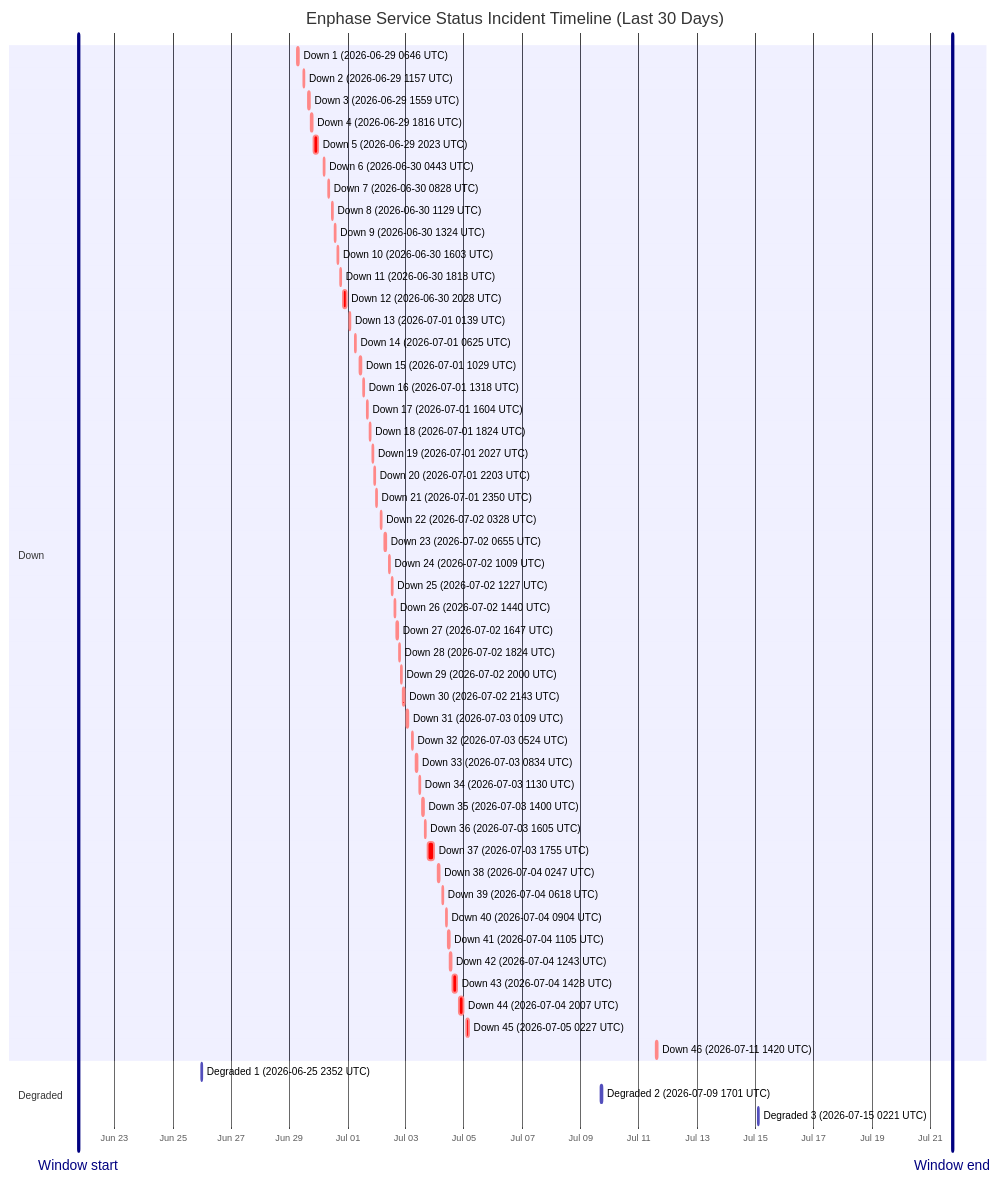
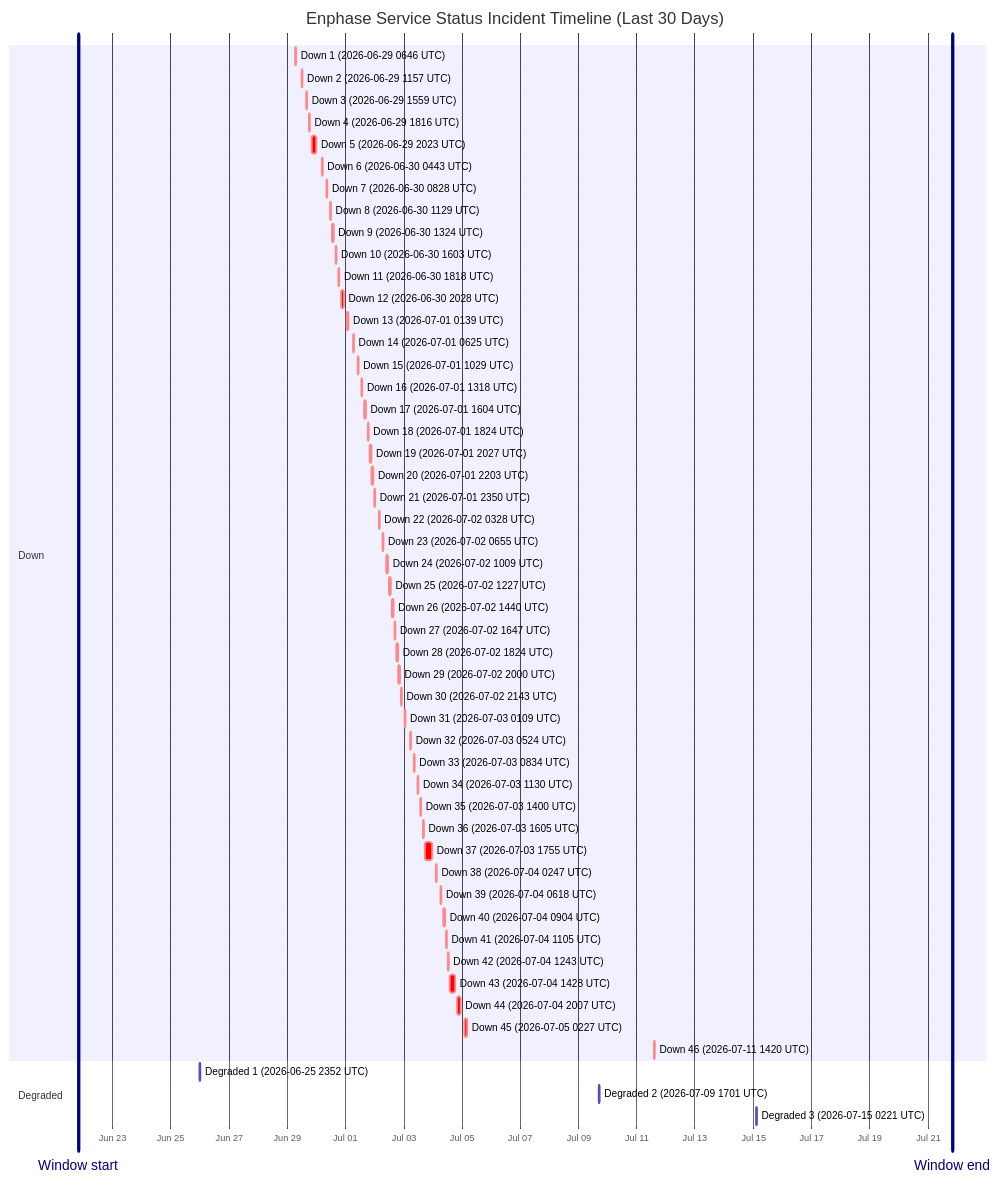
One commit to barneyonline/ha-enphase-energy changed the diagram in wiki/Service-Status-History.md. Above: the diagram before and after it, drawn with Mermaid. The commit also changed other lines of this file and 3 other files, not shown here.

````diff
--- a/wiki/Service-Status-History.md
+++ b/wiki/Service-Status-History.md
@@ -14,59 +14,59 @@
 ```mermaid
 gantt
     title Enphase Service Status Incident Timeline (Last 30 Days)
     dateFormat  YYYY-MM-DDTHH:mm:ss
     axisFormat  %b %d
-    Window start :vert, window-start, 2026-06-21T18:15:06, 0ms
-    Window end :vert, window-end, 2026-07-21T18:15:06, 0ms
+    Window start :vert, window-start, 2026-06-21T19:59:29, 0ms
+    Window end :vert, window-end, 2026-07-21T19:59:29, 0ms
     section Down
     Down 1 (2026-06-29 0646 UTC) :crit, down-1, 2026-06-29T06:46:18, 60m
     Down 2 (2026-06-29 1157 UTC) :crit, down-2, 2026-06-29T11:57:36, 60m
     Down 3 (2026-06-29 1559 UTC) :crit, down-3, 2026-06-29T15:59:02, 60m
     Down 4 (2026-06-29 1816 UTC) :crit, down-4, 2026-06-29T18:16:38, 60m
     Down 5 (2026-06-29 2023 UTC) :crit, down-5, 2026-06-29T20:23:16, 220m
     Down 6 (2026-06-30 0443 UTC) :crit, down-6, 2026-06-30T04:43:54, 60m
     Down 7 (2026-06-30 0828 UTC) :crit, down-7, 2026-06-30T08:28:43, 60m
     Down 8 (2026-06-30 1129 UTC) :crit, down-8, 2026-06-30T11:29:15, 60m
     Down 9 (2026-06-30 1324 UTC) :crit, down-9, 2026-06-30T13:24:25, 60m
     Down 10 (2026-06-30 1603 UTC) :crit, down-10, 2026-06-30T16:03:26, 60m
     Down 11 (2026-06-30 1818 UTC) :crit, down-11, 2026-06-30T18:18:39, 60m
     Down 12 (2026-06-30 2028 UTC) :crit, down-12, 2026-06-30T20:28:54, 171m
     Down 13 (2026-07-01 0139 UTC) :crit, down-13, 2026-07-01T01:39:18, 60m
     Down 14 (2026-07-01 0625 UTC) :crit, down-14, 2026-07-01T06:25:35, 60m
     Down 15 (2026-07-01 1029 UTC) :crit, down-15, 2026-07-01T10:29:24, 60m
     Down 16 (2026-07-01 1318 UTC) :crit, down-16, 2026-07-01T13:18:31, 60m
     Down 17 (2026-07-01 1604 UTC) :crit, down-17, 2026-07-01T16:04:29, 60m
     Down 18 (2026-07-01 1824 UTC) :crit, down-18, 2026-07-01T18:24:21, 60m
     Down 19 (2026-07-01 2027 UTC) :crit, down-19, 2026-07-01T20:27:17, 60m
     Down 20 (2026-07-01 2203 UTC) :crit, down-20, 2026-07-01T22:03:46, 60m
     Down 21 (2026-07-01 2350 UTC) :crit, down-21, 2026-07-01T23:50:52, 60m
     Down 22 (2026-07-02 0328 UTC) :crit, down-22, 2026-07-02T03:28:33, 60m
     Down 23 (2026-07-02 0655 UTC) :crit, down-23, 2026-07-02T06:55:07, 60m
     Down 24 (2026-07-02 1009 UTC) :crit, down-24, 2026-07-02T10:09:15, 60m
     Down 25 (2026-07-02 1227 UTC) :crit, down-25, 2026-07-02T12:27:49, 60m
     Down 26 (2026-07-02 1440 UTC) :crit, down-26, 2026-07-02T14:40:53, 60m
     Down 27 (2026-07-02 1647 UTC) :crit, down-27, 2026-07-02T16:47:47, 60m
     Down 28 (2026-07-02 1824 UTC) :crit, down-28, 2026-07-02T18:24:26, 60m
     Down 29 (2026-07-02 2000 UTC) :crit, down-29, 2026-07-02T20:00:57, 60m
     Down 30 (2026-07-02 2143 UTC) :crit, down-30, 2026-07-02T21:43:52, 80m
     Down 31 (2026-07-03 0109 UTC) :crit, down-31, 2026-07-03T01:09:19, 60m
     Down 32 (2026-07-03 0524 UTC) :crit, down-32, 2026-07-03T05:24:23, 60m
     Down 33 (2026-07-03 0834 UTC) :crit, down-33, 2026-07-03T08:34:05, 60m
     Down 34 (2026-07-03 1130 UTC) :crit, down-34, 2026-07-03T11:30:41, 60m
     Down 35 (2026-07-03 1400 UTC) :crit, down-35, 2026-07-03T14:00:48, 60m
     Down 36 (2026-07-03 1605 UTC) :crit, down-36, 2026-07-03T16:05:49, 60m
     Down 37 (2026-07-03 1755 UTC) :crit, down-37, 2026-07-03T17:55:54, 338m
     Down 38 (2026-07-04 0247 UTC) :crit, down-38, 2026-07-04T02:47:22, 60m
     Down 39 (2026-07-04 0618 UTC) :crit, down-39, 2026-07-04T06:18:09, 60m
     Down 40 (2026-07-04 0904 UTC) :crit, down-40, 2026-07-04T09:04:41, 60m
     Down 41 (2026-07-04 1105 UTC) :crit, down-41, 2026-07-04T11:05:21, 60m
     Down 42 (2026-07-04 1243 UTC) :crit, down-42, 2026-07-04T12:43:25, 60m
     Down 43 (2026-07-04 1428 UTC) :crit, down-43, 2026-07-04T14:28:07, 243m
     Down 44 (2026-07-04 2007 UTC) :crit, down-44, 2026-07-04T20:07:50, 206m
     Down 45 (2026-07-05 0227 UTC) :crit, down-45, 2026-07-05T02:27:32, 109m
     Down 46 (2026-07-11 1420 UTC) :crit, down-46, 2026-07-11T14:20:54, 69m
     section Degraded
     Degraded 1 (2026-06-25 2352 UTC) :active, degraded-1, 2026-06-25T23:52:01, 60m
     Degraded 2 (2026-07-09 1701 UTC) :active, degraded-2, 2026-07-09T17:01:02, 60m
     Degraded 3 (2026-07-15 0221 UTC) :active, degraded-3, 2026-07-15T02:21:35, 60m
 ```
````
